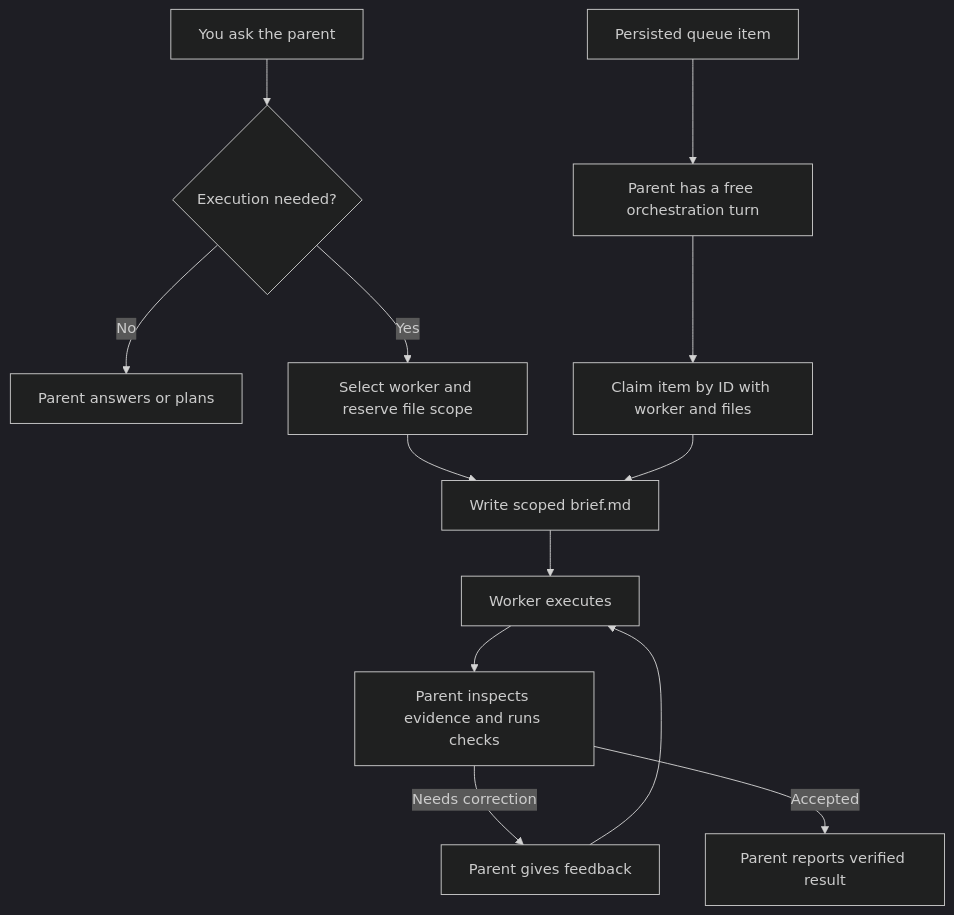
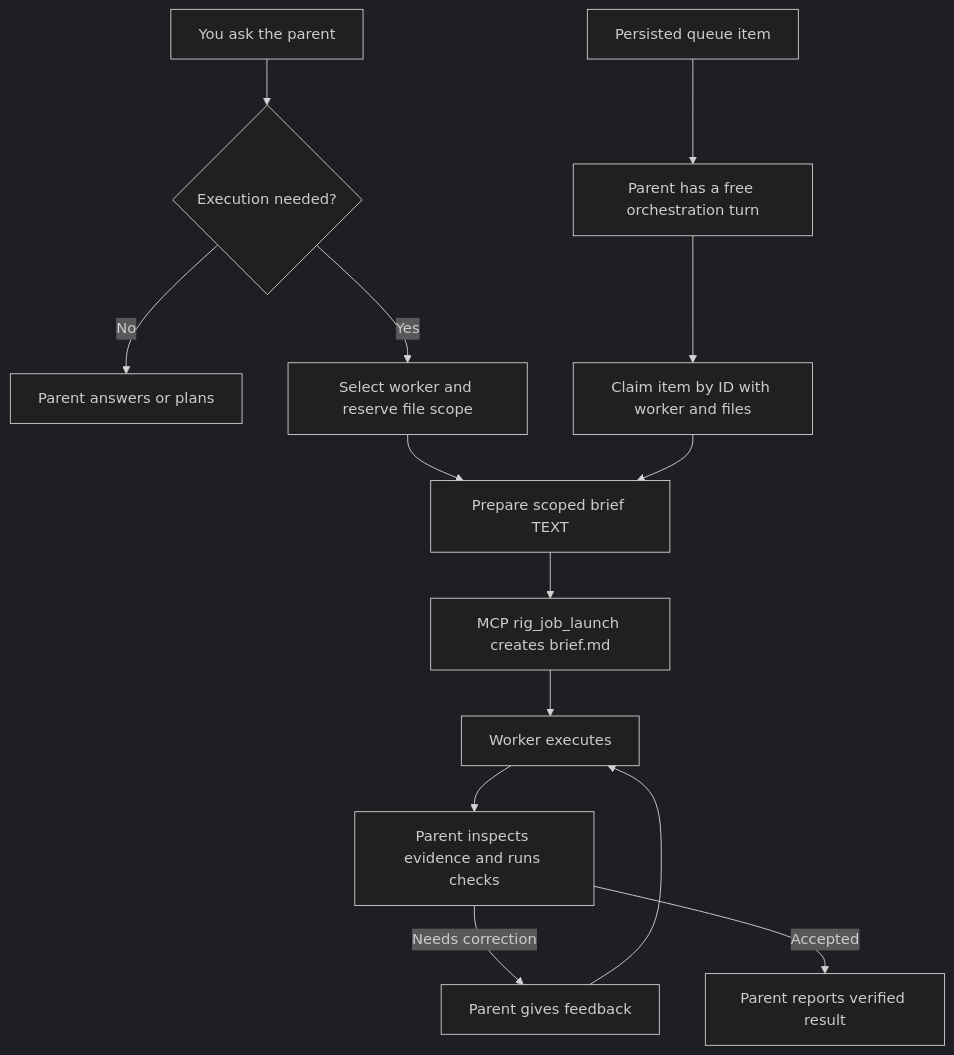
Before and after one commit to Brasth/Rig: the first of 2 diagrams in docs/rig-flow.md, drawn with Mermaid (dark theme). The commit also changed other lines of this file and 28 other files, not shown here.

Commit message:
feat(mcp): require job-scoped orchestration and child handshake

````diff
--- a/docs/rig-flow.md
+++ b/docs/rig-flow.md
@@ -22,15 +22,16 @@
 ```mermaid
 flowchart TD
     request[You ask the parent] --> decide{Execution needed?}
     decide -->|No| answer[Parent answers or plans]
     decide -->|Yes| scope[Select worker and reserve file scope]
     pending[Persisted queue item] --> free[Parent has a free orchestration turn]
     free --> claim[Claim item by ID with worker and files]
-    scope --> brief[Write scoped brief.md]
+    scope --> brief[Prepare scoped brief TEXT]
     claim --> brief
-    brief --> execute[Worker executes]
+    brief --> launch[MCP rig_job_launch creates brief.md]
+    launch --> execute[Worker executes]
     execute --> verify[Parent inspects evidence and runs checks]
     verify -->|Needs correction| feedback[Parent gives feedback]
     feedback --> execute
     verify -->|Accepted| result[Parent reports verified result]
 ```
````
